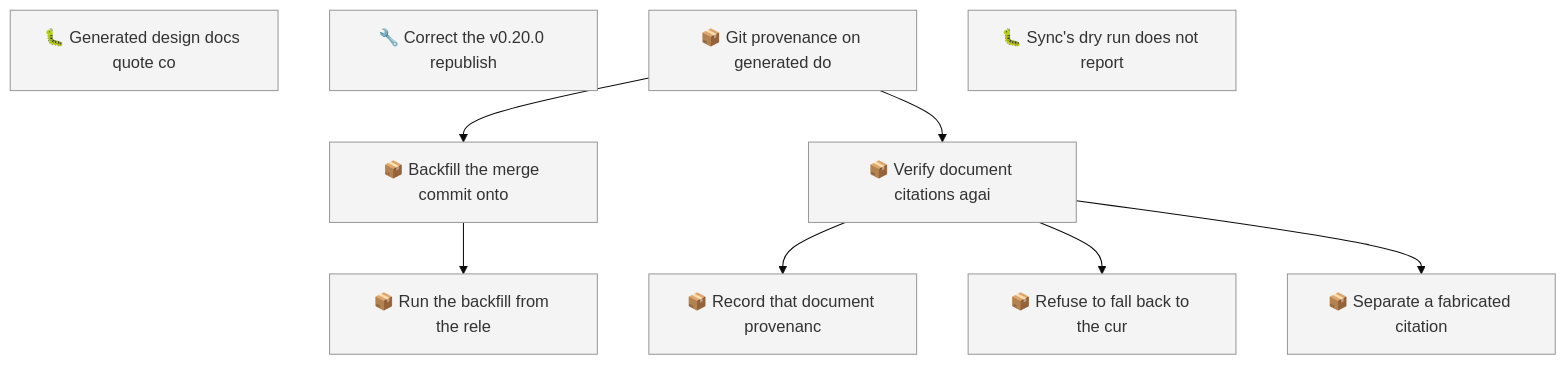
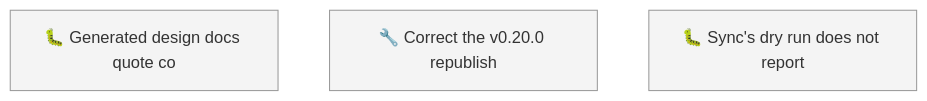
One commit to SpillwaveSolutions/wiki_ticket_sdd changed the first of 2 diagrams in docs/roadmap.md. Above: the diagram before and after it, drawn with Mermaid (base theme). The commit also changed other lines of this file and 104 other files, not shown here.

First line of the commit message:
feat(provenance): backfill merge commits and verify citations against them (01KZ30X6JEF29Z5AEEWXBSJWHV)

````diff
--- a/docs/roadmap.md
+++ b/docs/roadmap.md
@@ -60,21 +44,8 @@
 ```mermaid
 graph TD
     01KZ2M75CEXBQHFN1AG1Z8A2YB["🐛 Generated design docs quote co"]
     01KZ2PJZF067ZS4YW231C1FM28["🔧 Correct the v0.20.0 republish"]
-    01KZ30X6HZ6FKJXJX386J44CB1["📦 Git provenance on generated do"]
-    01KZ30X6JE0QSQF6BE8S0YRPBW["📦 Backfill the merge commit onto"]
-    01KZ30X6JE8542ERDW1B8A9P8H["📦 Run the backfill from the rele"]
-    01KZ30X6JEBXN08HQTQ77ESSTV["📦 Record that document provenanc"]
-    01KZ30X6JEETVQZG7YYFM7B998["📦 Refuse to fall back to the cur"]
-    01KZ30X6JEF29Z5AEEWXBSJWHV["📦 Verify document citations agai"]
-    01KZ30X6JEWCD74E81Y555DAYP["📦 Separate a fabricated citation"]
     01KZ31DGAQ2YDP6RMEMVNAWABH["🐛 Sync's dry run does not report"]
-    01KZ30X6HZ6FKJXJX386J44CB1 --> 01KZ30X6JE0QSQF6BE8S0YRPBW
-    01KZ30X6JE0QSQF6BE8S0YRPBW --> 01KZ30X6JE8542ERDW1B8A9P8H
-    01KZ30X6JEF29Z5AEEWXBSJWHV --> 01KZ30X6JEBXN08HQTQ77ESSTV
-    01KZ30X6JEF29Z5AEEWXBSJWHV --> 01KZ30X6JEETVQZG7YYFM7B998
-    01KZ30X6HZ6FKJXJX386J44CB1 --> 01KZ30X6JEF29Z5AEEWXBSJWHV
-    01KZ30X6JEF29Z5AEEWXBSJWHV --> 01KZ30X6JEWCD74E81Y555DAYP
     classDef todo fill:#f4f4f4,stroke:#999999
-    class 01KZ2M75CEXBQHFN1AG1Z8A2YB,01KZ2PJZF067ZS4YW231C1FM28,01KZ30X6HZ6FKJXJX386J44CB1,01KZ30X6JE0QSQF6BE8S0YRPBW,01KZ30X6JE8542ERDW1B8A9P8H,01KZ30X6JEBXN08HQTQ77ESSTV,01KZ30X6JEETVQZG7YYFM7B998,01KZ30X6JEF29Z5AEEWXBSJWHV,01KZ30X6JEWCD74E81Y555DAYP,01KZ31DGAQ2YDP6RMEMVNAWABH todo
+    class 01KZ2M75CEXBQHFN1AG1Z8A2YB,01KZ2PJZF067ZS4YW231C1FM28,01KZ31DGAQ2YDP6RMEMVNAWABH todo
 ```
````
